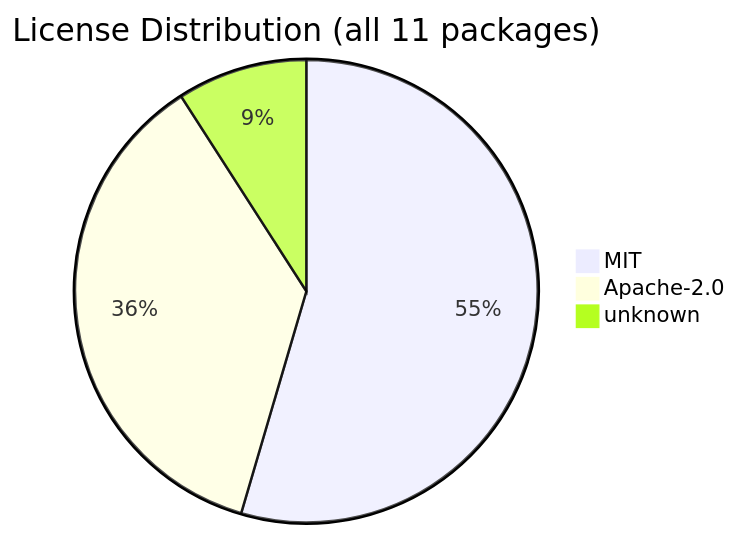
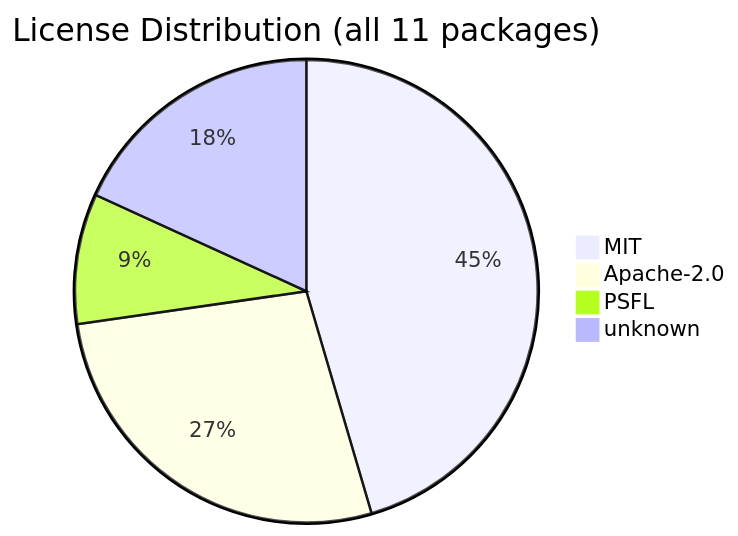
The diagram in .shipwright/compliance/sbom.md (svenroth-ai/shipwright), drawn with Mermaid before and after one commit. The commit also changed other lines of this file and 17 other files, not shown here.

````diff
--- a/.shipwright/compliance/sbom.md
+++ b/.shipwright/compliance/sbom.md
@@ -18,6 +18,7 @@
 ```mermaid
 pie title License Distribution (all 11 packages)
-    "MIT" : 6
-    "Apache-2.0" : 4
-    "unknown" : 1
+    "MIT" : 5
+    "Apache-2.0" : 3
+    "PSFL" : 1
+    "unknown" : 2
 ```
````
